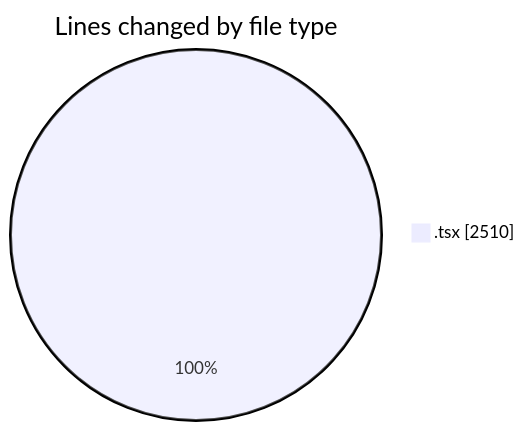
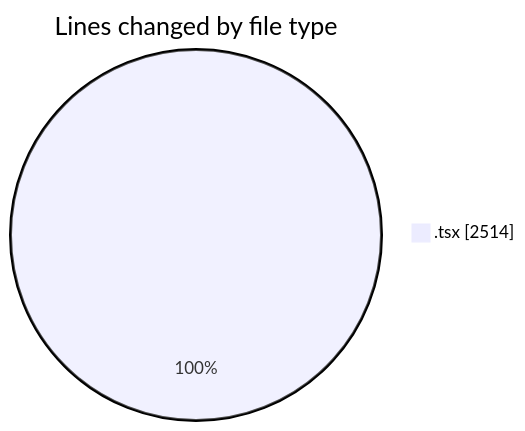
The first of 2 diagrams in 2025-09-23/cda/README.md (momahboobian/code-tracking), drawn with Mermaid before and after one commit. The commit also changed other lines of this file and 1 other file, not shown here.

````diff
--- a/2025-09-23/cda/README.md
+++ b/2025-09-23/cda/README.md
@@ -22,5 +22,5 @@
 ```mermaid
 pie showData
 title Lines changed by file type
-".tsx" : 2510
+".tsx" : 2514
 ```
````
